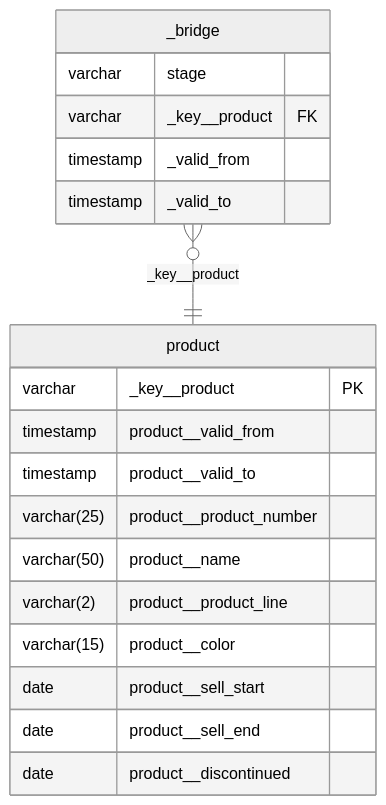
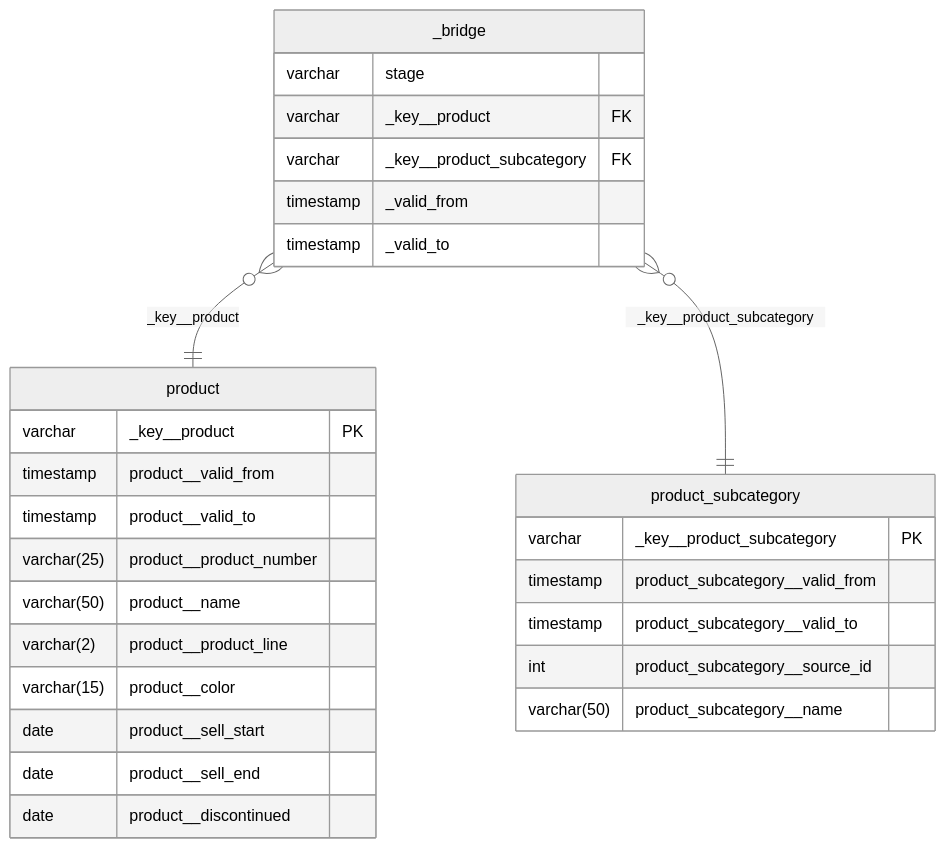
Before and after one commit to mattiasthalen/declarative-data-platform: the third of 3 diagrams in README.md, drawn with Mermaid (neutral theme). The commit also changed other lines of this file and 65 other files, not shown here.

````diff
--- a/README.md
+++ b/README.md
@@ -66,22 +72,31 @@
 ```mermaid
 erDiagram
   product {
     varchar _key__product PK
     timestamp product__valid_from
     timestamp product__valid_to
     varchar(25) product__product_number
     varchar(50) product__name
     varchar(2) product__product_line
     varchar(15) product__color
     date product__sell_start
     date product__sell_end
     date product__discontinued
   }
+  product_subcategory {
+    varchar _key__product_subcategory PK
+    timestamp product_subcategory__valid_from
+    timestamp product_subcategory__valid_to
+    int product_subcategory__source_id
+    varchar(50) product_subcategory__name
+  }
   _bridge {
     varchar stage
     varchar _key__product FK
+    varchar _key__product_subcategory FK
     timestamp _valid_from
     timestamp _valid_to
   }
   _bridge }o--|| product : "_key__product"
+  _bridge }o--|| product_subcategory : "_key__product_subcategory"
 ```
````
